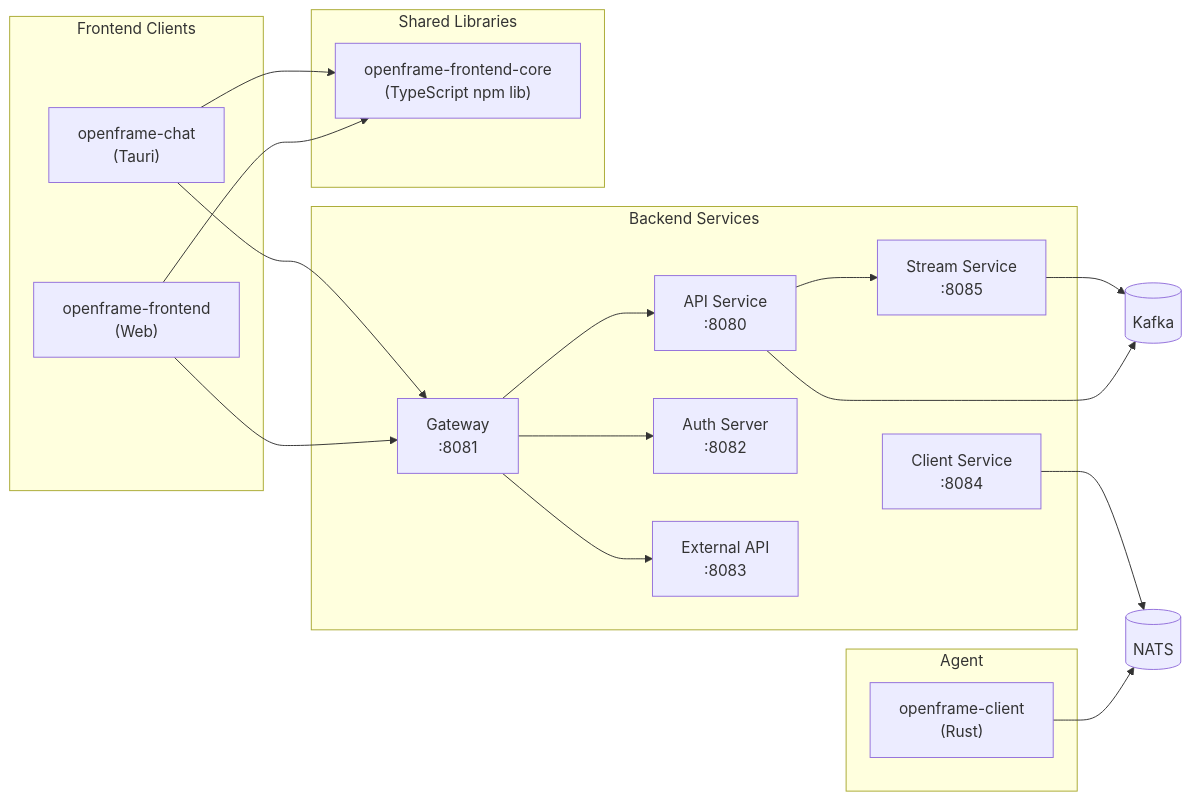
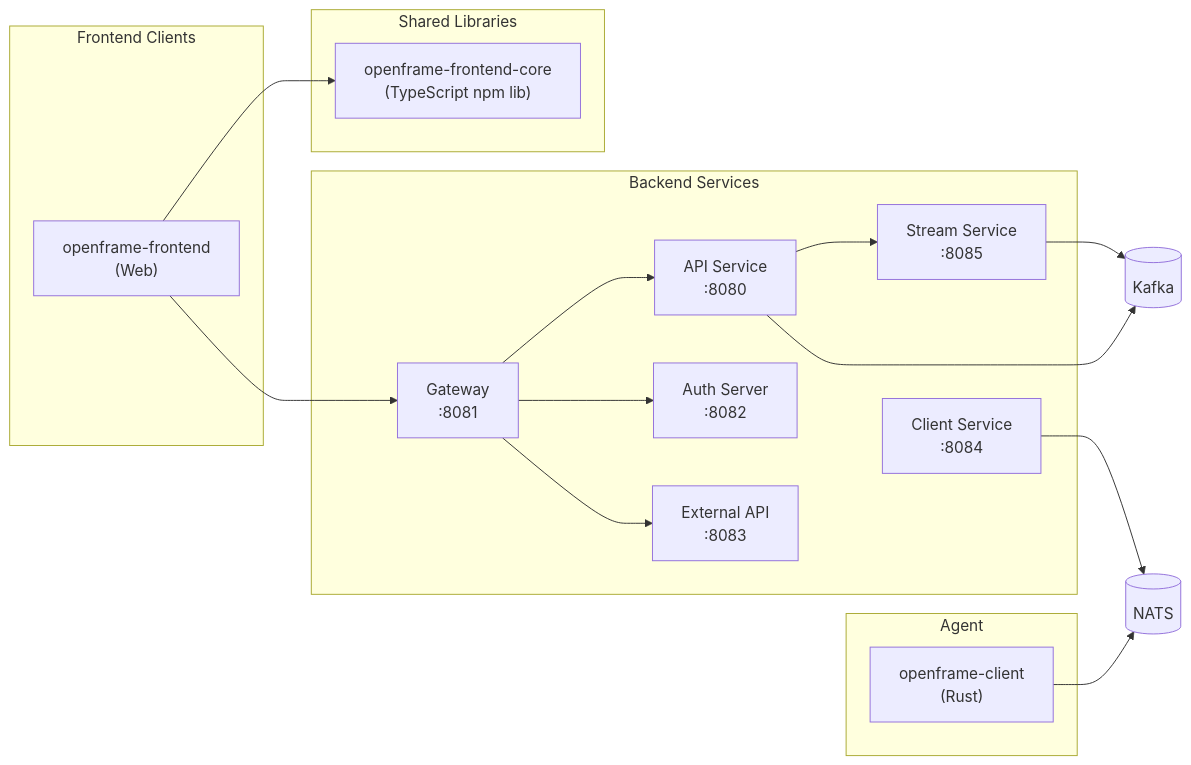
One commit to flamingo-stack/openframe-oss-tenant changed the second of 4 diagrams in docs/reference/architecture/overview.md. Above: the diagram before and after it, drawn with Mermaid. The commit also changed other lines of this file and 222 other files, not shown here.

Commit message:
Remove openframe-chat entirely — moved to openframe-saas-tenant (#2294)

````diff
--- a/docs/reference/architecture/overview.md
+++ b/docs/reference/architecture/overview.md
@@ -88,37 +85,34 @@
 ```mermaid
 graph LR
     subgraph FE["Frontend Clients"]
-        Chat["openframe-chat\n(Tauri)"]
         Frontend["openframe-frontend\n(Web)"]
     end
 
     subgraph Backend["Backend Services"]
         GW["Gateway\n:8081"]
         API["API Service\n:8080"]
         Auth["Auth Server\n:8082"]
         Ext["External API\n:8083"]
         Stream["Stream Service\n:8085"]
         ClientSvc["Client Service\n:8084"]
     end
 
     subgraph Agent["Agent"]
         OFC["openframe-client\n(Rust)"]
     end
 
     subgraph Lib["Shared Libraries"]
         CoreLib["openframe-frontend-core\n(TypeScript npm lib)"]
     end
 
-    Chat --> CoreLib
     Frontend --> CoreLib
-    Chat --> GW
     Frontend --> GW
     GW --> Auth
     GW --> API
     GW --> Ext
     API --> Stream
     ClientSvc --> NATS[("NATS")]
     OFC --> NATS
     Stream --> Kafka[("Kafka")]
     API --> Kafka
 ```
````
